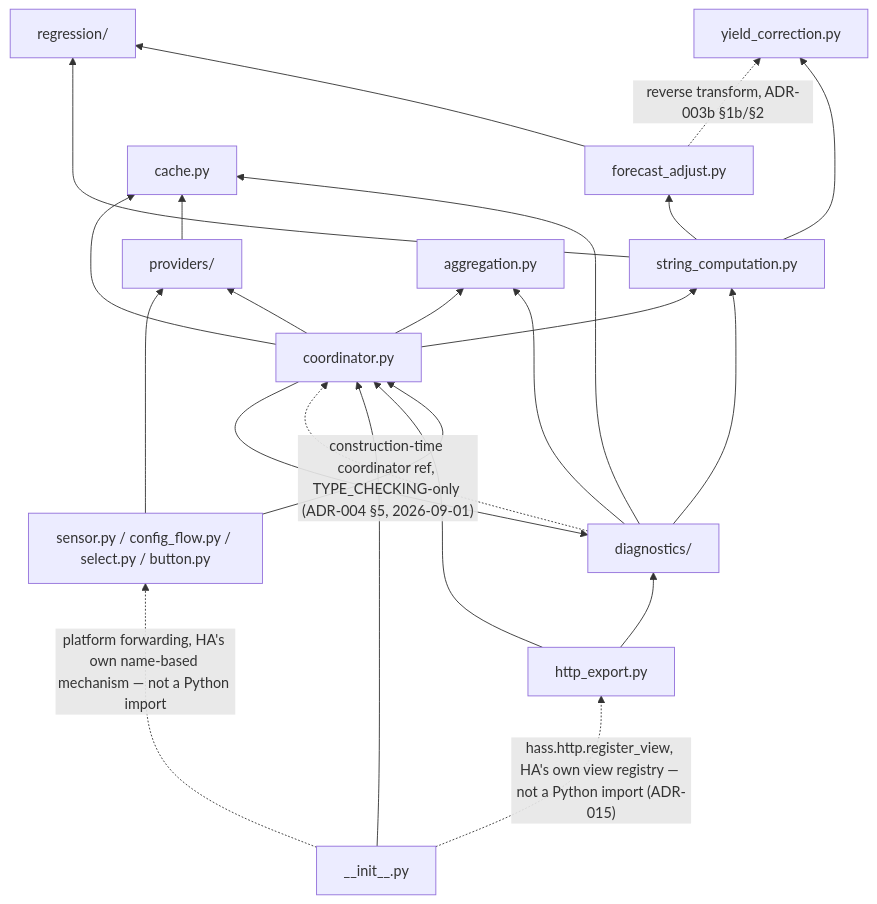
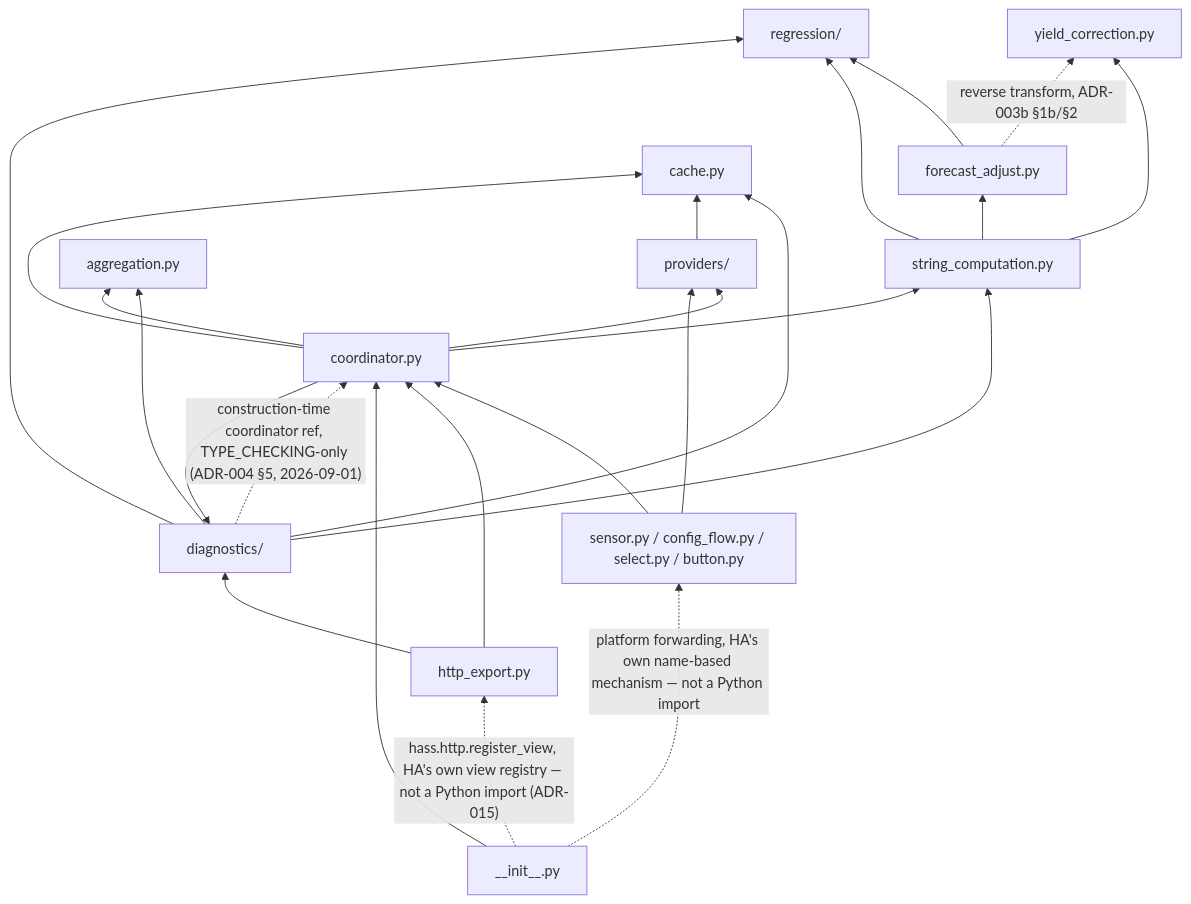
The diagram in adr/000-coding-standards.md (eschnepel/shady), drawn with Mermaid before and after one commit. The commit also changed other lines of this file and 39 other files, not shown here.

````diff
--- a/adr/000-coding-standards.md
+++ b/adr/000-coding-standards.md
@@ -158,38 +158,39 @@
 ```mermaid
 flowchart BT
     providers["providers/"]
     yield_correction["yield_correction.py"]
     regression["regression/"]
     forecast_adjust["forecast_adjust.py"]
     string_computation["string_computation.py"]
     aggregation["aggregation.py"]
     diagnostics["diagnostics/"]
     cache["cache.py"]
     coordinator["coordinator.py"]
     entity_glue["sensor.py / config_flow.py / select.py / button.py"]
     http_export["http_export.py"]
     init["__init__.py"]
 
     forecast_adjust --> regression
     string_computation --> regression
     string_computation --> forecast_adjust
     string_computation --> yield_correction
     diagnostics --> aggregation
     diagnostics --> string_computation
     diagnostics --> cache
+    diagnostics --> regression
     providers --> cache
     coordinator --> aggregation
     coordinator --> cache
     coordinator --> string_computation
     coordinator --> diagnostics
     coordinator --> providers
     entity_glue --> coordinator
     entity_glue --> providers
     http_export --> coordinator
     http_export --> diagnostics
     init --> coordinator
     forecast_adjust -.->|"reverse transform, ADR-003b §1b/§2"| yield_correction
     diagnostics -.->|"construction-time coordinator ref, TYPE_CHECKING-only (ADR-004 §5, 2026-09-01)"| coordinator
     init -.->|"platform forwarding, HA's own name-based mechanism — not a Python import"| entity_glue
     init -.->|"hass.http.register_view, HA's own view registry — not a Python import (ADR-015)"| http_export
 ```
````
